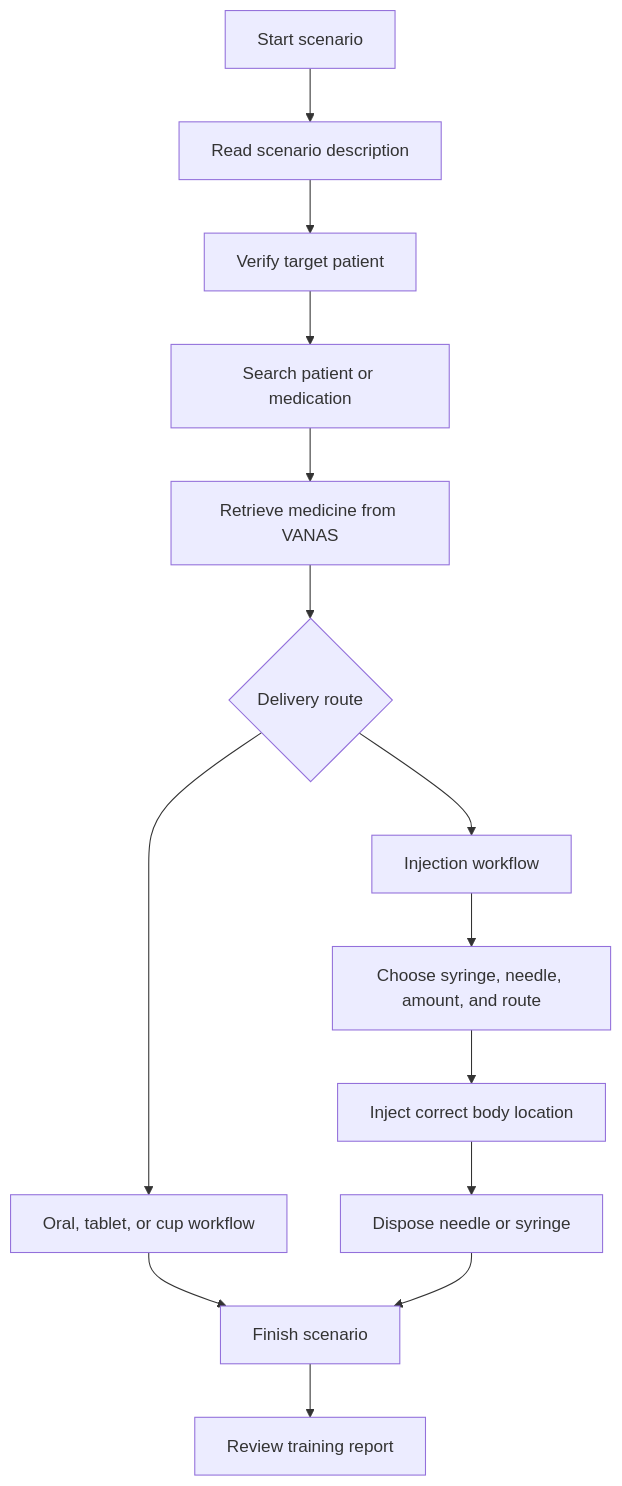
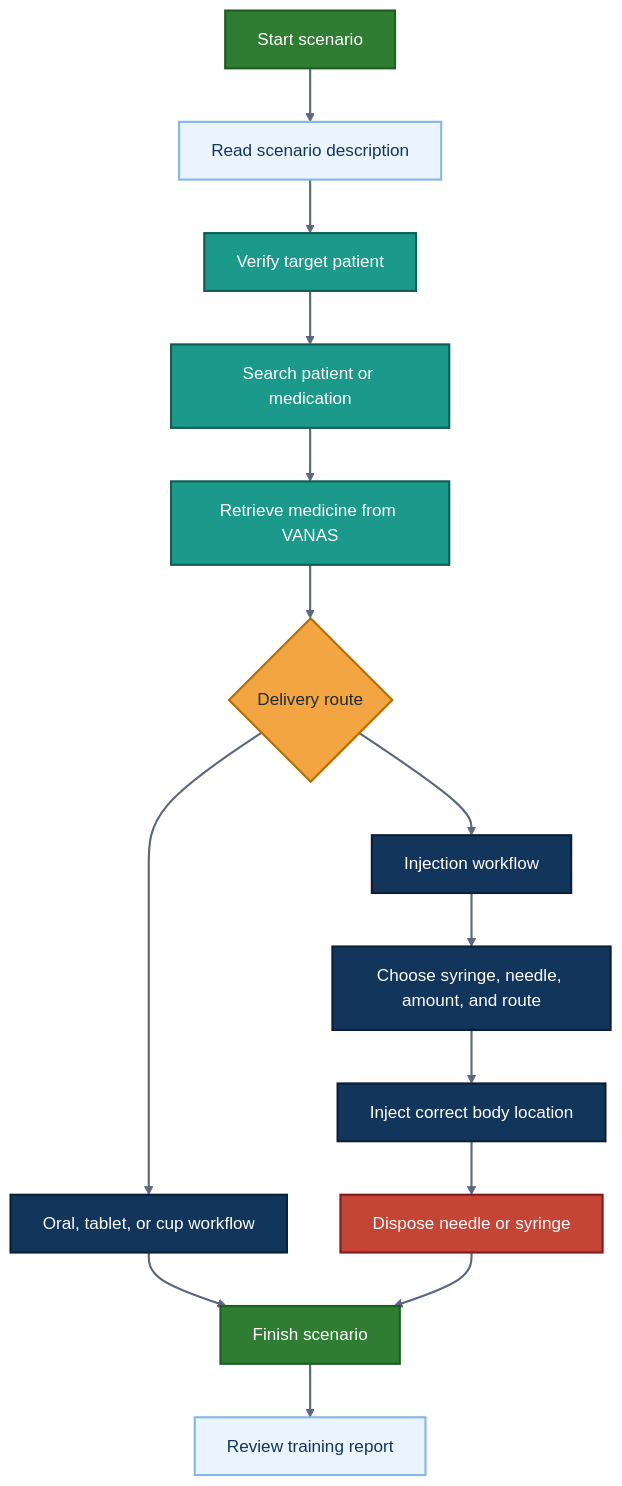
The seventh of 10 diagrams in README.md (djdcybersecurity/vr-healthcare-simulator), drawn with Mermaid before and after one commit. The commit also changed other lines of this file, not shown here.

Commit message:
Improve README Mermaid diagrams

````diff
--- a/README.md
+++ b/README.md
@@ -385,30 +459,46 @@
 ```mermaid
+%%{init: {'theme': 'base', 'themeVariables': { 'primaryColor': '#EAF4FF', 'primaryTextColor': '#1F2933', 'primaryBorderColor': '#1B998B', 'lineColor': '#5C677D', 'secondaryColor': '#F7FBFF', 'tertiaryColor': '#FFFFFF', 'fontFamily': 'Arial'}}}%%
 flowchart TD
     start["Start scenario"]
     read["Read scenario description"]
     verify["Verify target patient"]
     search["Search patient or medication"]
     retrieve["Retrieve medicine from VANAS"]
     route{"Delivery route"}
     oral["Oral, tablet, or cup workflow"]
     injection["Injection workflow"]
     choose["Choose syringe, needle, amount, and route"]
     inject["Inject correct body location"]
     dispose["Dispose needle or syringe"]
     finish["Finish scenario"]
     report["Review training report"]
 
     start --> read
     read --> verify
     verify --> search
     search --> retrieve
     retrieve --> route
     route --> oral
     route --> injection
     injection --> choose
     choose --> inject
     oral --> finish
     inject --> dispose
     dispose --> finish
     finish --> report
+
+    class start,finish successClass;
+    class read,report frontClass;
+    class verify,search,retrieve inputClass;
+    class route alertClass;
+    class oral,injection,choose,inject actionClass;
+    class dispose errorClass;
+
+    classDef successClass fill:#2E7D32,color:#FFFFFF,stroke:#1B5E20,stroke-width:2px;
+    classDef frontClass fill:#EAF4FF,color:#12355B,stroke:#86B7E7,stroke-width:2px;
+    classDef inputClass fill:#1B998B,color:#FFFFFF,stroke:#0E5E55,stroke-width:2px;
+    classDef alertClass fill:#F2A541,color:#1F2933,stroke:#B66D00,stroke-width:2px;
+    classDef actionClass fill:#12355B,color:#FFFFFF,stroke:#0B2038,stroke-width:2px;
+    classDef errorClass fill:#C44536,color:#FFFFFF,stroke:#7F1D1D,stroke-width:2px;
+    linkStyle default stroke:#5C677D,stroke-width:2px;
 ```
````
